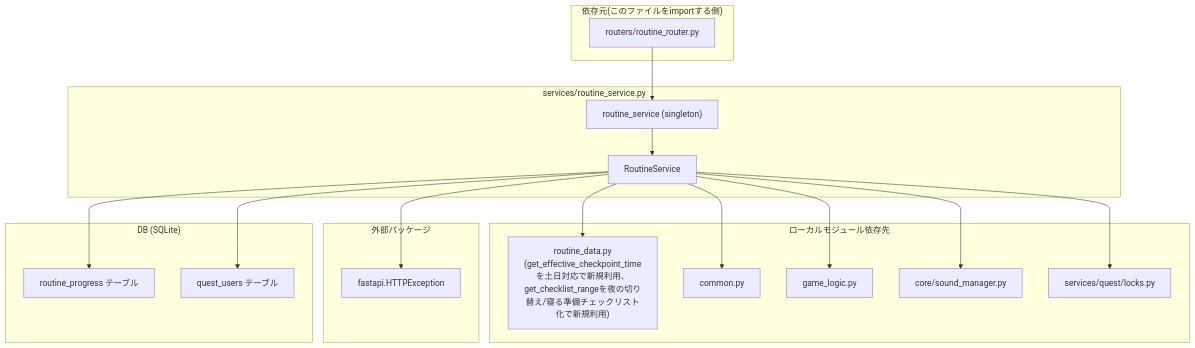
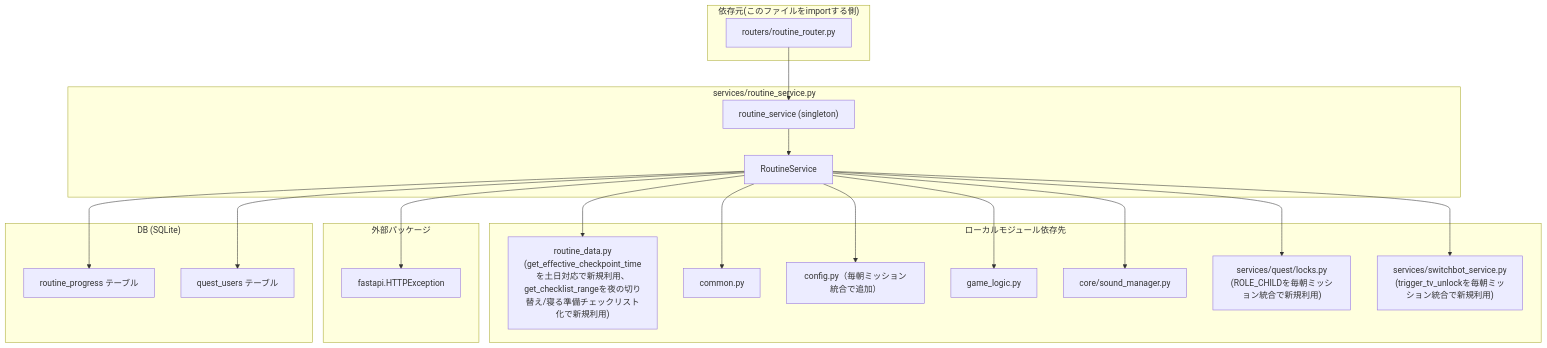
One commit to mmtigers/my_python_project changed the third of 3 diagrams in docs/specifications/MY_HOME_SYSTEM/routine_service.md. Above: the diagram before and after it, drawn with Mermaid. The commit also changed other lines of this file and 11 other files, not shown here.

````diff
--- a/docs/specifications/MY_HOME_SYSTEM/routine_service.md
+++ b/docs/specifications/MY_HOME_SYSTEM/routine_service.md
@@ -595,42 +600,48 @@
 ```mermaid
 graph TD
     subgraph "services/routine_service.py"
         RoutineService
         routine_service_singleton["routine_service (singleton)"]
     end
 
     subgraph "ローカルモジュール依存先"
         routine_data["routine_data.py
 (get_effective_checkpoint_timeを土日対応で新規利用、
 get_checklist_rangeを夜の切り替え/寝る準備チェックリスト化で新規利用)"]
         common_mod["common.py"]
+        config_mod["config.py（毎朝ミッション統合で追加）"]
         game_logic_mod["game_logic.py"]
         sound_manager_mod["core/sound_manager.py"]
-        quest_locks["services/quest/locks.py"]
+        quest_locks["services/quest/locks.py
+(ROLE_CHILDを毎朝ミッション統合で新規利用)"]
+        switchbot_mod["services/switchbot_service.py
+(trigger_tv_unlockを毎朝ミッション統合で新規利用)"]
     end
 
     subgraph "外部パッケージ"
         fastapi_exc["fastapi.HTTPException"]
     end
 
     subgraph "DB (SQLite)"
         routine_progress_table["routine_progress テーブル"]
         quest_users_table["quest_users テーブル"]
     end
 
     subgraph "依存元(このファイルをimportする側)"
         routine_router["routers/routine_router.py"]
     end
 
     RoutineService --> routine_data
     RoutineService --> common_mod
+    RoutineService --> config_mod
     RoutineService --> game_logic_mod
     RoutineService --> sound_manager_mod
     RoutineService --> quest_locks
+    RoutineService --> switchbot_mod
     RoutineService --> fastapi_exc
     RoutineService --> routine_progress_table
     RoutineService --> quest_users_table
     routine_service_singleton --> RoutineService
 
     routine_router --> routine_service_singleton
 ```
````
